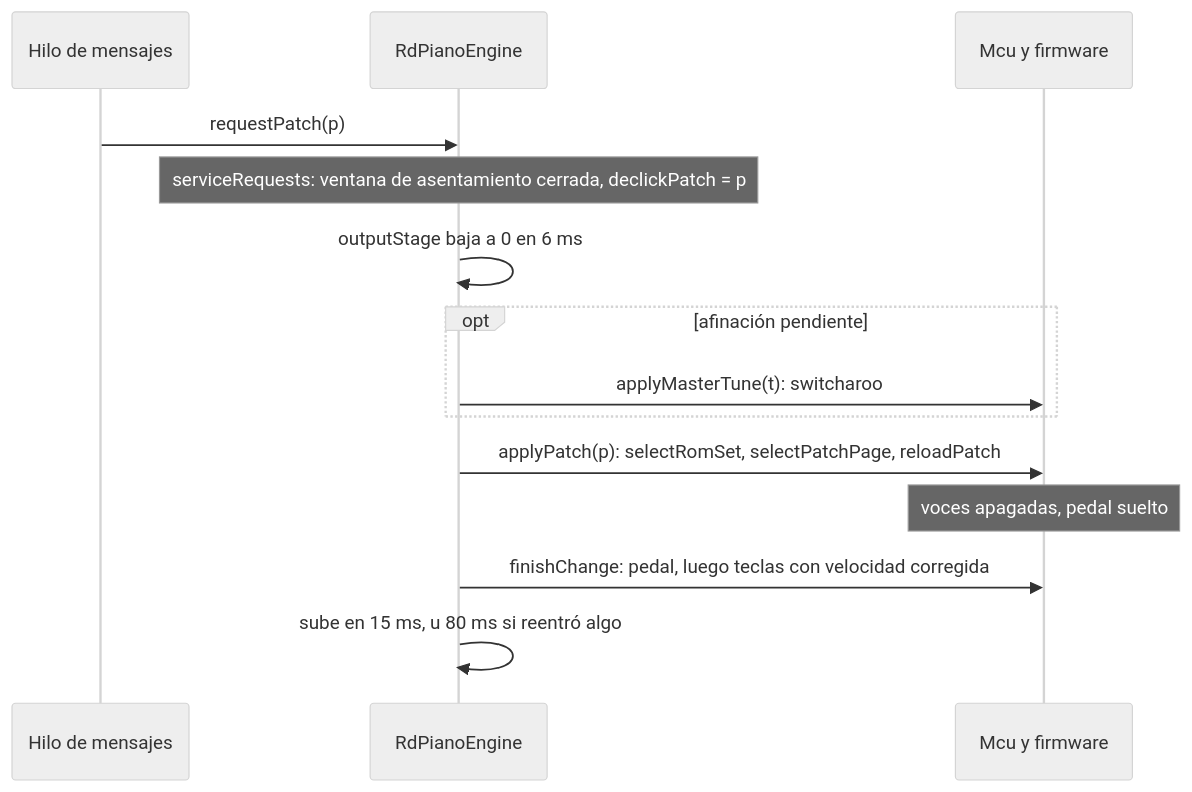
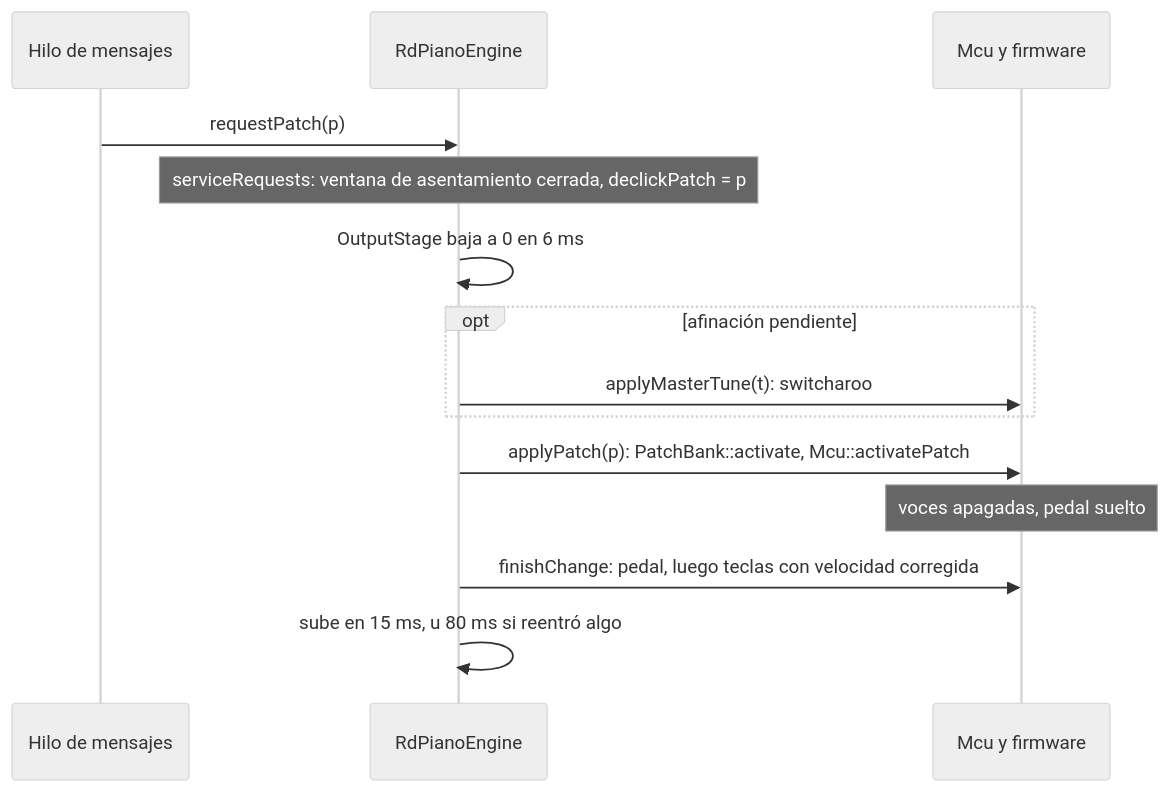
Before and after one commit to claudiodevia/rdpiano: the seventh of 12 diagrams in docs/ARQUITECTURA.md, drawn with Mermaid (neutral theme). The commit also changed other lines of this file and 37 other files, not shown here.

````diff
--- a/docs/ARQUITECTURA.md
+++ b/docs/ARQUITECTURA.md
@@ -407,16 +448,16 @@
 ```mermaid
 sequenceDiagram
     participant UI as Hilo de mensajes
     participant E as RdPianoEngine
     participant M as Mcu y firmware
     UI->>E: requestPatch(p)
     Note over E: serviceRequests: ventana de asentamiento cerrada, declickPatch = p
-    E->>E: outputStage baja a 0 en 6 ms
+    E->>E: OutputStage baja a 0 en 6 ms
     opt afinación pendiente
         E->>M: applyMasterTune(t): switcharoo
     end
-    E->>M: applyPatch(p): selectRomSet, selectPatchPage, reloadPatch
+    E->>M: applyPatch(p): PatchBank::activate, Mcu::activatePatch
     Note over M: voces apagadas, pedal suelto
     E->>M: finishChange: pedal, luego teclas con velocidad corregida
     E->>E: sube en 15 ms, u 80 ms si reentró algo
 ```
````
